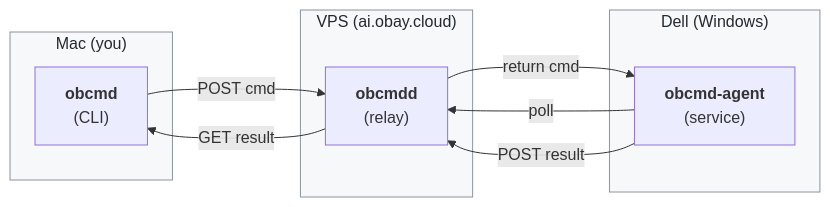
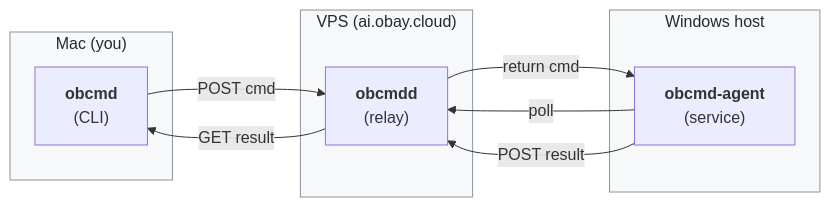
Before and after one commit to obay/rcmd: the diagram in README.md, drawn with Mermaid. The commit also changed other lines of this file and 14 other files, not shown here.

````diff
--- a/README.md
+++ b/README.md
@@ -18,21 +18,21 @@
 ```mermaid
 flowchart LR
     subgraph mac["Mac (you)"]
         cli["<b>obcmd</b><br/>(CLI)"]
     end
     subgraph vps["VPS (ai.obay.cloud)"]
         relay["<b>obcmdd</b><br/>(relay)"]
     end
-    subgraph dell["Dell (Windows)"]
+    subgraph win["Windows host"]
         agent["<b>obcmd-agent</b><br/>(service)"]
     end
 
     cli  -- "POST cmd"    --> relay
     relay -- "GET result"  --> cli
     agent -- "poll"        --> relay
     relay -- "return cmd"  --> agent
     agent -- "POST result" --> relay
 
     classDef edge fill:#f6f8fa,stroke:#8b949e,stroke-width:1px,color:#24292f
-    class mac,vps,dell edge
+    class mac,vps,win edge
 ```
````
